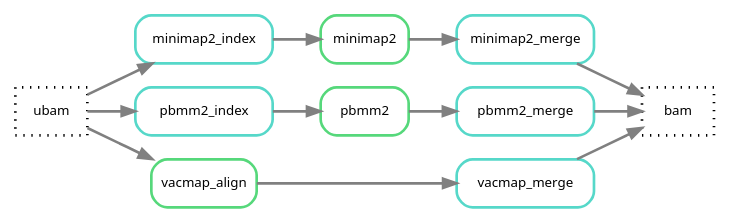
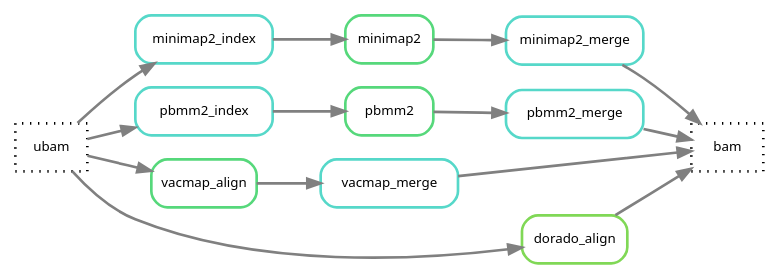
The diagram in docs/images/alignment.longread.dot (hydra-genetics/alignment), drawn with Graphviz before and after one commit. The commit also changed 15 other files, not shown here.

First line of the commit message:
feat: add dorado_align rule for aligning ONT reads

```diff
--- a/docs/images/alignment.longread.dot
+++ b/docs/images/alignment.longread.dot
@@ -1,76 +1,82 @@
 digraph snakemake_dag {
              rankdir=LR;
 	graph [bb="0,0,103,252",
 		bgcolor=white,
 		margin=0
 	];
 	node [fontname=sans,
 		fontsize=10,
 		label="\N",
 		penwidth=2,
 		style=rounded,
 		shape=box
 	];
 	edge [color=grey,
 		penwidth=2
 	];
 	10	[color="0.0 0.0 0.0",
 		height=0.5,
 		label="ubam",
 		pos="51.5,18",
 		width=0.75, style="dotted"];
 	0	 [color="0.0 0.0 0.0",
 		height=0.5,
 		label="bam",
 		pos="51.5,18",
 		width=0.75, style="dotted"];
 	2 -> 0	 [pos="e,51.5,36.413 51.5,71.831 51.5,64.131 51.5,54.974 51.5,46.417"];
 	4	 [color="0.48 0.6 0.85",
 		height=0.5,
 		label=minimap2_index,
 		pos="51.5,162",
 		width=1.4306];
 	2	 [color="0.48 0.6 0.85",
 		height=0.5,
 		label=minimap2_merge,
 		pos="51.5,162",
 		width=1.4306];
 	3	 [color="0.38 0.6 0.85",
 		height=0.5,
 		label=minimap2,
 		pos="51.5,234",
 		width=0.91667];
 	5	 [color="0.48 0.6 0.85",
 		height=0.5,
 		label=pbmm2_index,
 		pos="51.5,162",
 		width=1.4306];
 	6	 [color="0.48 0.6 0.85",
 		height=0.5,
 		label=pbmm2_merge,
 		pos="51.5,162",
 		width=1.4306];
 	7	 [color="0.38 0.6 0.85",
 		height=0.5,
 		label=pbmm2,
 		pos="51.5,234",
 		width=0.91667];
 	3 -> 2	 [pos="e,51.5,180.41 51.5,215.83 51.5,208.13 51.5,198.97 51.5,190.42"];
 	10 -> 4
 	4 -> 3
 	10 -> 5
 	5 -> 7
 	7 -> 6
 	6 -> 0
 	8	 [color="0.38 0.6 0.85",
 		height=0.5,
 		label=vacmap_align,
 		width=1.1];
 	9	 [color="0.48 0.6 0.85",
 		height=0.5,
 		label=vacmap_merge,
 		width=1.4306];
 	10 -> 8
 	8 -> 9
 	9 -> 0
+	11	[color="0.28 0.6 0.85",
+		height=0.5,
+		label=dorado_align,
+		width=1.1];
+	10 -> 11
+	11 -> 0
 }
```
